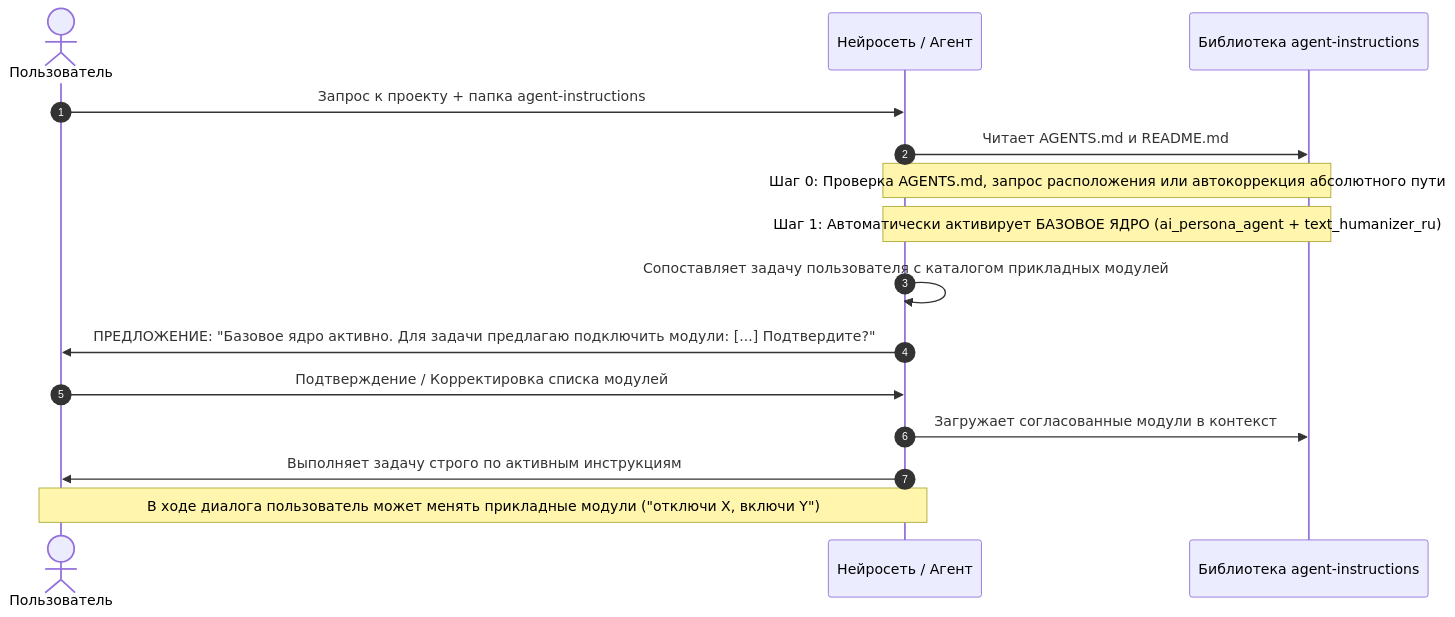
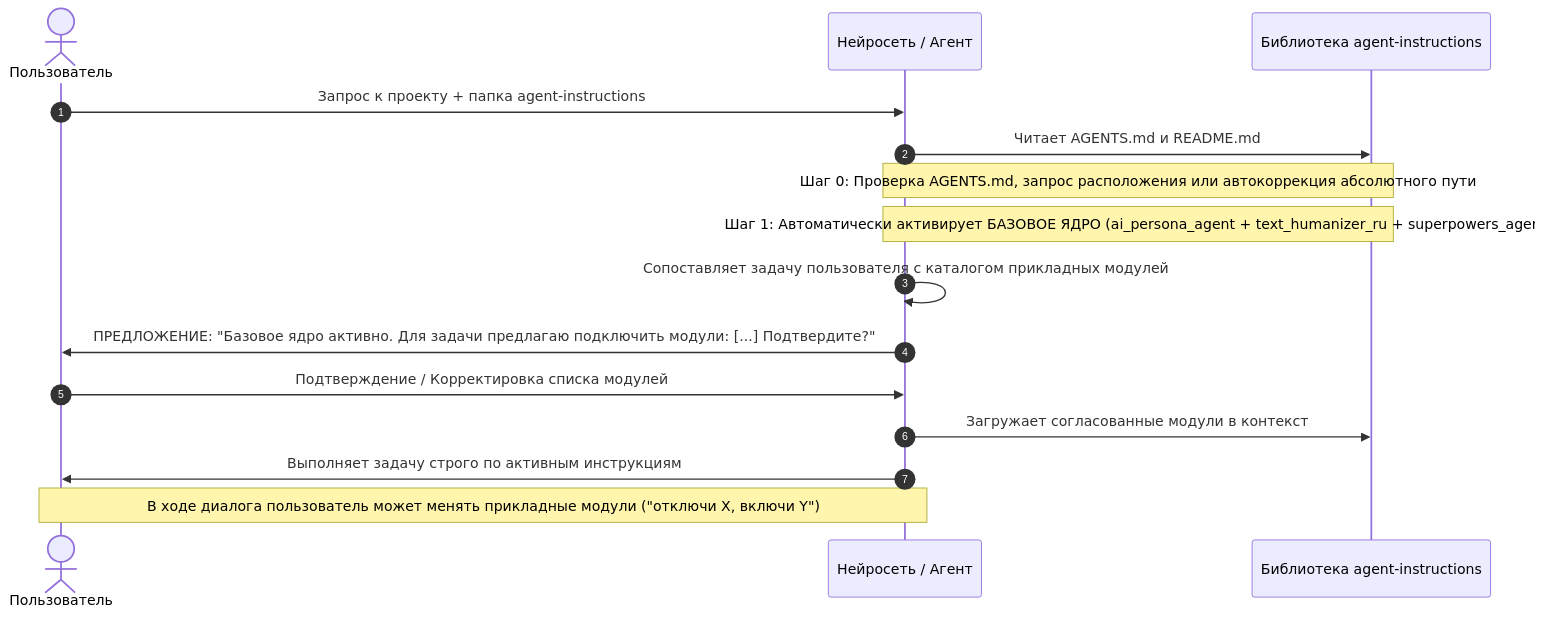
The second of 2 diagrams in README.md (James7underland/agent-instructions), drawn with Mermaid before and after one commit. The commit also changed other lines of this file and 81 other files, not shown here.

Commit message:
feat(core): интеграция методологии Superpowers в базовое ядро и 15 прикладных скиллов

````diff
--- a/README.md
+++ b/README.md
@@ -48,18 +49,18 @@
 ```mermaid
 sequenceDiagram
     autonumber
     actor User as Пользователь
     participant AI as Нейросеть / Агент
     participant Lib as Библиотека agent-instructions
 
     User->>AI: Запрос к проекту + папка agent-instructions
     AI->>Lib: Читает AGENTS.md и README.md
     Note over AI,Lib: Шаг 0: Проверка AGENTS.md, запрос расположения или автокоррекция абсолютного пути
-    Note over AI,Lib: Шаг 1: Автоматически активирует БАЗОВОЕ ЯДРО (ai_persona_agent + text_humanizer_ru)
+    Note over AI,Lib: Шаг 1: Автоматически активирует БАЗОВОЕ ЯДРО (ai_persona_agent + text_humanizer_ru + superpowers_agent)
     AI->>AI: Сопоставляет задачу пользователя с каталогом прикладных модулей
     AI->>User: ПРЕДЛОЖЕНИЕ: "Базовое ядро активно. Для задачи предлагаю подключить модули: [...] Подтвердите?"
     User->>AI: Подтверждение / Корректировка списка модулей
     AI->>Lib: Загружает согласованные модули в контекст
     AI->>User: Выполняет задачу строго по активным инструкциям
     Note over User,AI: В ходе диалога пользователь может менять прикладные модули ("отключи X, включи Y")
 ```
````
